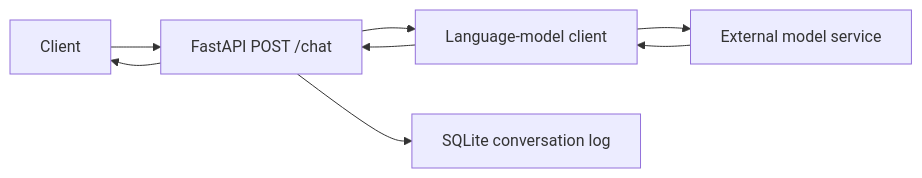
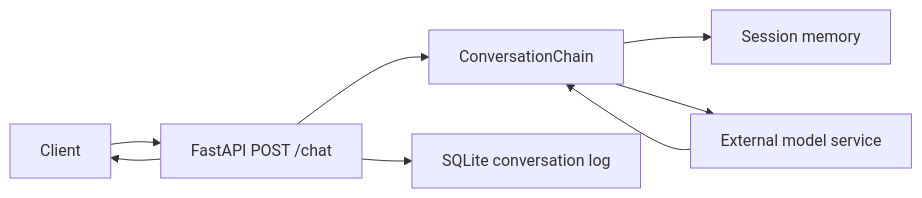
The diagram in readme.md (roxanakhaleghi67/My-AI), drawn with Mermaid before and after one commit. The commit also changed other lines of this file and 9 other files, not shown here.

Commit message:
feat: per-session memory, /health endpoint, .env loading; fix Docker startup and pin deps

````diff
--- a/readme.md
+++ b/readme.md
@@ -80,10 +105,10 @@
 ```mermaid
 flowchart LR
     A[Client] --> B[FastAPI POST /chat]
-    B --> C[Language-model client]
+    B --> C[ConversationChain]
+    C --> M[Session memory]
     C --> D[External model service]
     D --> C
-    C --> B
     B --> E[SQLite conversation log]
     B --> A
 ```
````
